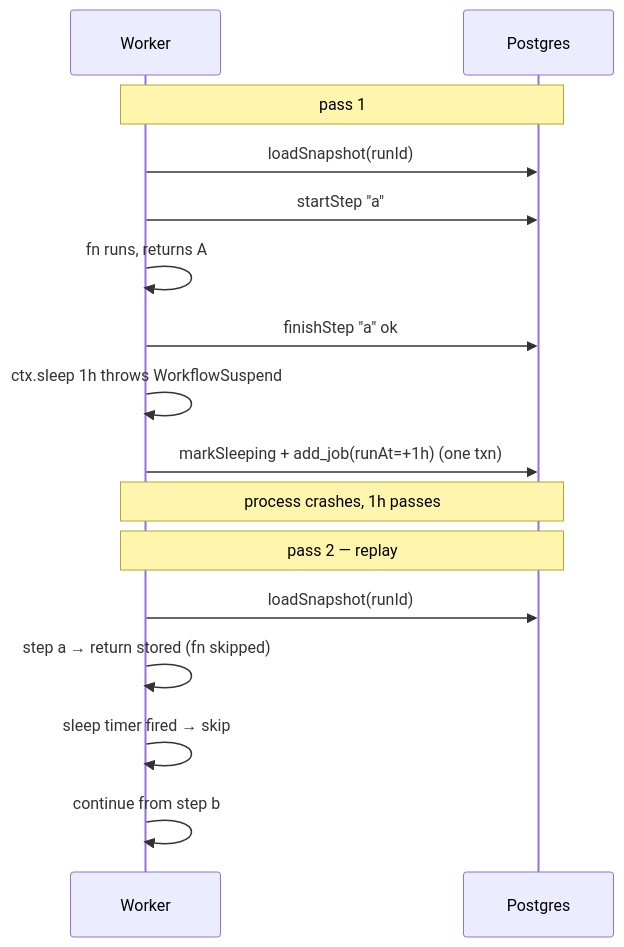
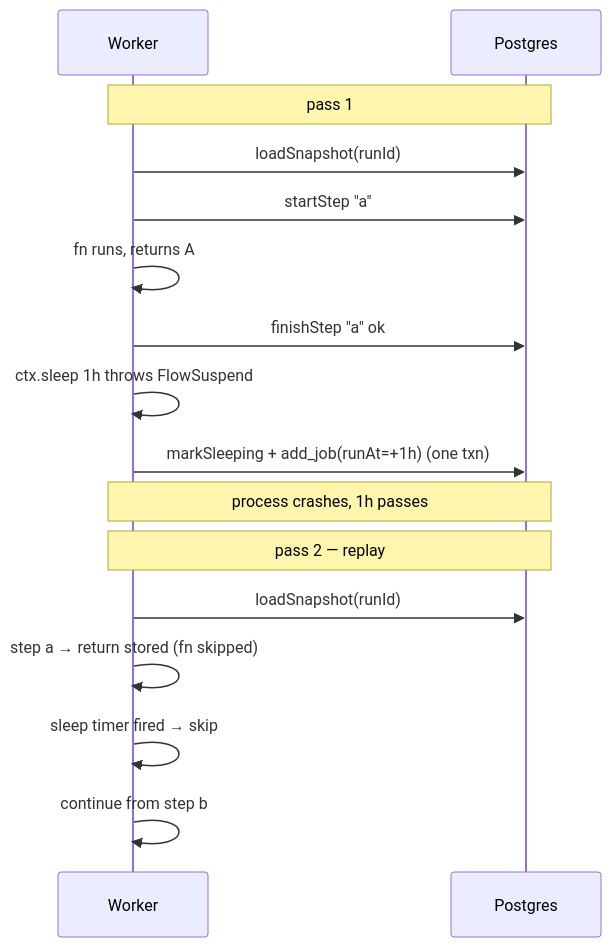
Before and after one commit to ahmedrowaihi/iterativeflow: the second of 5 diagrams in docs/guide.md, drawn with Mermaid. The commit also changed other lines of this file and 19 other files, not shown here.

````diff
--- a/docs/guide.md
+++ b/docs/guide.md
@@ -39,18 +41,18 @@
 ```mermaid
 sequenceDiagram
   participant W as Worker
   participant DB as Postgres
   Note over W,DB: pass 1
   W->>DB: loadSnapshot(runId)
   W->>DB: startStep "a"
   W->>W: fn runs, returns A
   W->>DB: finishStep "a" ok
-  W->>W: ctx.sleep 1h throws WorkflowSuspend
+  W->>W: ctx.sleep 1h throws FlowSuspend
   W->>DB: markSleeping + add_job(runAt=+1h) (one txn)
   Note over W,DB: process crashes, 1h passes
   Note over W,DB: pass 2 — replay
   W->>DB: loadSnapshot(runId)
   W->>W: step a → return stored (fn skipped)
   W->>W: sleep timer fired → skip
   W->>W: continue from step b
 ```
````
